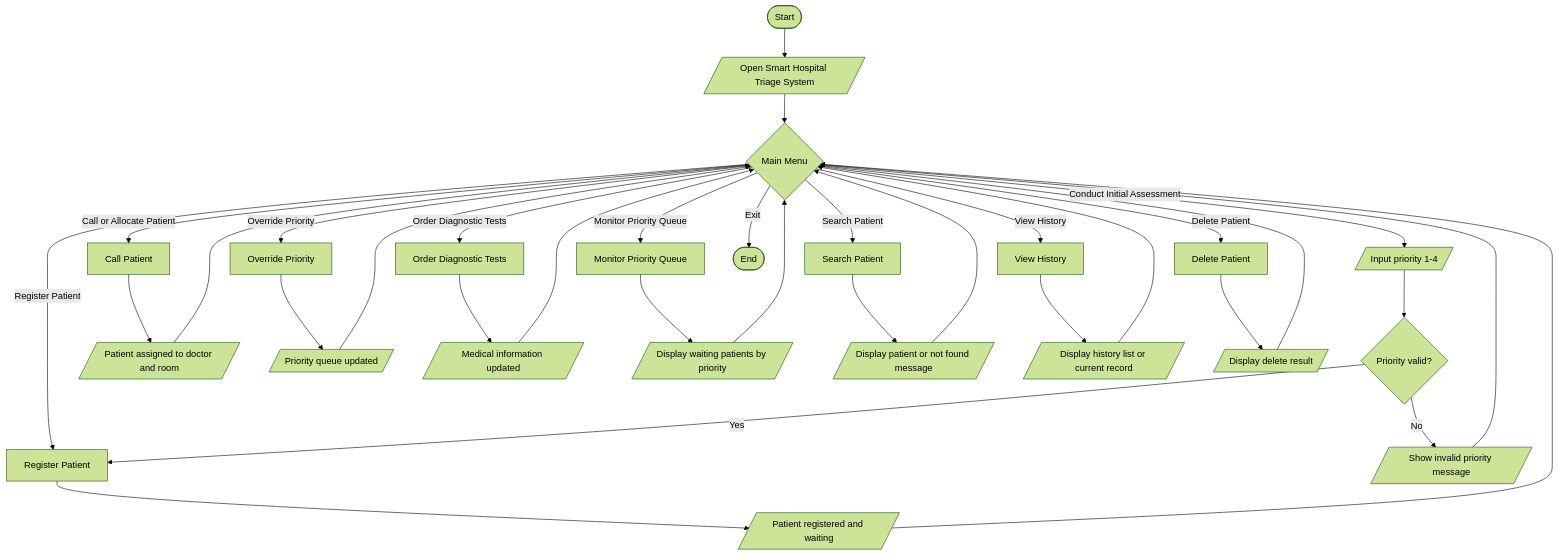
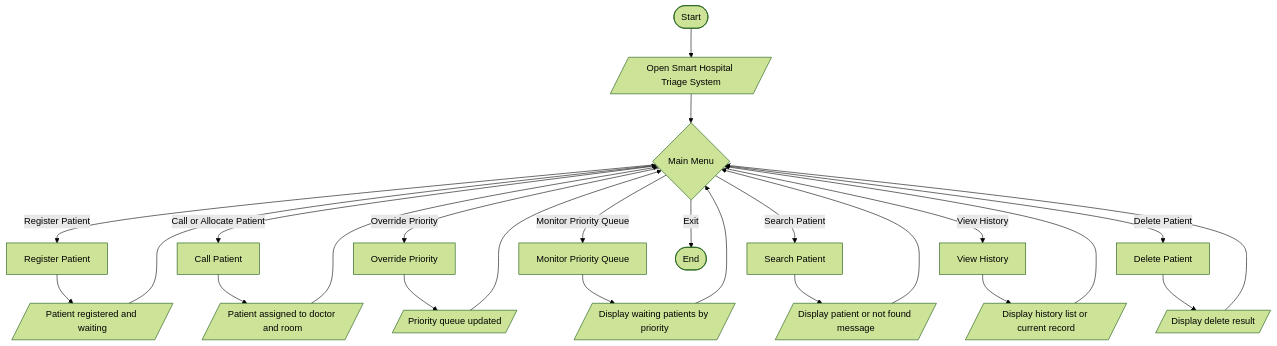
One commit to LeTranQuocDung/CSD201_Group6 changed the first of 7 diagrams in FlowChart.md. Above: the diagram before and after it, drawn with Mermaid (forest theme). The commit also changed other lines of this file, not shown here.

Commit message:
update
Removed initial assessment and order tests from the main menu flow. Updated search patient flow to use hash table for lookup.

````diff
--- a/FlowChart.md
+++ b/FlowChart.md
@@ -5,48 +5,41 @@
 ```mermaid
 flowchart TD
     Start([Start])
     OpenSystem[/Open Smart Hospital Triage System/]
     MainMenu{Main Menu}
 
     Start --> OpenSystem --> MainMenu
 
     MainMenu -->|Register Patient| RegisterPatient[Register Patient]
-    MainMenu -->|Conduct Initial Assessment| AssessPriority[/Input priority 1-4/]
     MainMenu -->|Call or Allocate Patient| CallPatient[Call Patient]
     MainMenu -->|Override Priority| OverridePriority[Override Priority]
-    MainMenu -->|Order Diagnostic Tests| OrderTests[Order Diagnostic Tests]
     MainMenu -->|Monitor Priority Queue| MonitorQueue[Monitor Priority Queue]
     MainMenu -->|Search Patient| SearchPatient[Search Patient]
     MainMenu -->|View History| ViewHistory[View History]
     MainMenu -->|Delete Patient| DeletePatient[Delete Patient]
     MainMenu -->|Exit| End([End])
 
-    AssessPriority --> ValidPriority{Priority valid?}
-    ValidPriority -->|No| PriorityError[/Show invalid priority message/]
-    PriorityError --> MainMenu
-    ValidPriority -->|Yes| RegisterPatient
+
 
     RegisterPatient --> Registered[/Patient registered and waiting/]
     Registered --> MainMenu
 
     CallPatient --> Examining[/Patient assigned to doctor and room/]
     Examining --> MainMenu
 
     OverridePriority --> PriorityUpdated[/Priority queue updated/]
     PriorityUpdated --> MainMenu
 
-    OrderTests --> RecordUpdated[/Medical information updated/]
-    RecordUpdated --> MainMenu
 
     MonitorQueue --> QueueShown[/Display waiting patients by priority/]
     QueueShown --> MainMenu
 
     SearchPatient --> SearchShown[/Display patient or not found message/]
     SearchShown --> MainMenu
 
     ViewHistory --> HistoryShown[/Display history list or current record/]
     HistoryShown --> MainMenu
 
     DeletePatient --> DeleteResult[/Display delete result/]
     DeleteResult --> MainMenu
 ```
````
